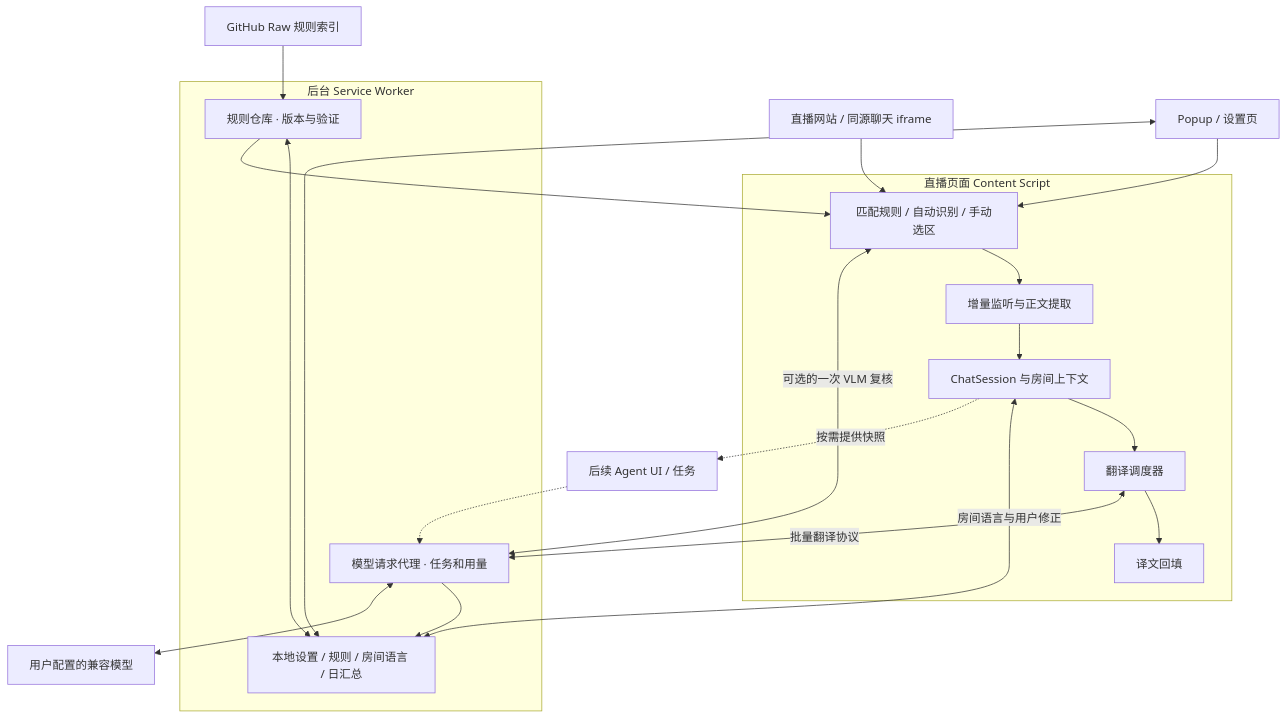
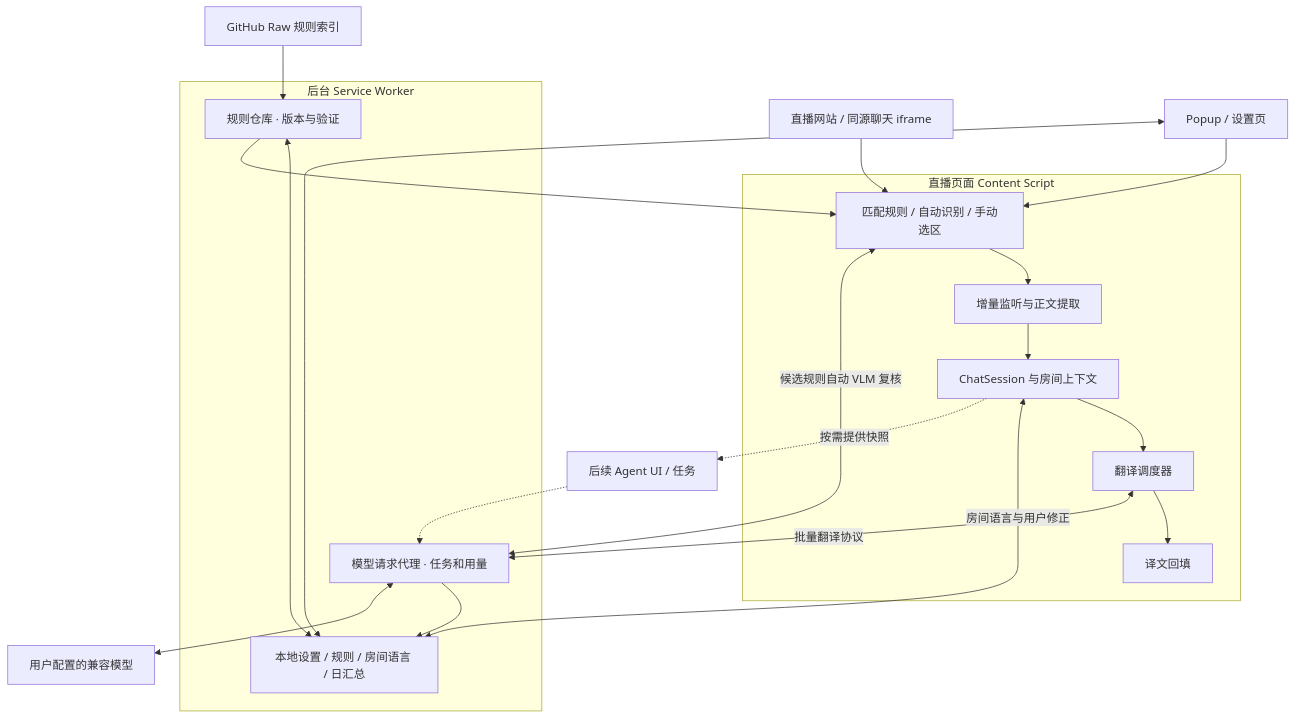
The diagram in docs/architecture.md (xsola/livechat-copilot), drawn with Mermaid before and after one commit. The commit also changed other lines of this file and 26 other files, not shown here.

````diff
--- a/docs/architecture.md
+++ b/docs/architecture.md
@@ -5,31 +5,31 @@
 ```mermaid
 flowchart TB
     subgraph Content["直播页面 Content Script"]
         Adapter["匹配规则 / 自动识别 / 手动选区"]
         Observer["增量监听与正文提取"]
         Session["ChatSession 与房间上下文"]
         Queue["翻译调度器"]
         Renderer["译文回填"]
         Adapter --> Observer --> Session --> Queue --> Renderer
     end
 
     subgraph Background["后台 Service Worker"]
         Rules["规则仓库 · 版本与验证"]
         Model["模型请求代理 · 任务和用量"]
         Store["本地设置 / 规则 / 房间语言 / 日汇总"]
         Rules <--> Store
         Model --> Store
     end
 
     Page["直播网站 / 同源聊天 iframe"] --> Adapter
     Rules --> Adapter
     Github["GitHub Raw 规则索引"] --> Rules
-    Adapter <-->|可选的一次 VLM 复核| Model
+    Adapter <-->|候选规则自动 VLM 复核| Model
     Session <-->|房间语言与用户修正| Store
     Queue <-->|批量翻译协议| Model
     Model <--> Remote["用户配置的兼容模型"]
     Options["Popup / 设置页"] <--> Store
     Options --> Adapter
     Session -.->|按需提供快照| Agent["后续 Agent UI / 任务"]
     Agent -.-> Model
 ```
````
